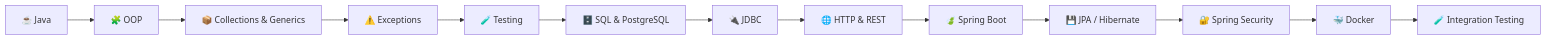
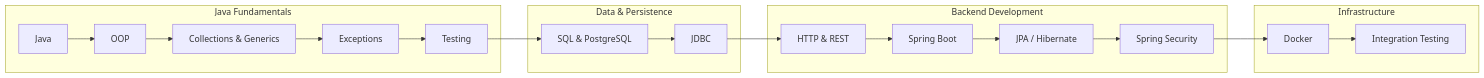
The diagram in README.md (davi-amaraldev/davi-amaraldev), drawn with Mermaid before and after one commit. The commit also changed other lines of this file, not shown here.

````diff
--- a/README.md
+++ b/README.md
@@ -68,15 +70,27 @@
 ```mermaid
 flowchart LR
-    A["☕ Java"] --> B["🧩 OOP"]
-    B --> C["📦 Collections & Generics"]
-    C --> D["⚠️ Exceptions"]
-    D --> E["🧪 Testing"]
-    E --> F["🗄️ SQL & PostgreSQL"]
-    F --> G["🔌 JDBC"]
-    G --> H["🌐 HTTP & REST"]
-    H --> I["🍃 Spring Boot"]
-    I --> J["💾 JPA / Hibernate"]
-    J --> K["🔐 Spring Security"]
-    K --> L["🐳 Docker"]
-    L --> M["🧪 Integration Testing"]
+    subgraph Fundamentals["Java Fundamentals"]
+        A["Java"] --> B["OOP"]
+        B --> C["Collections & Generics"]
+        C --> D["Exceptions"]
+        D --> E["Testing"]
+    end
+
+    subgraph Data["Data & Persistence"]
+        F["SQL & PostgreSQL"] --> G["JDBC"]
+    end
+
+    subgraph Web["Backend Development"]
+        H["HTTP & REST"] --> I["Spring Boot"]
+        I --> J["JPA / Hibernate"]
+        J --> K["Spring Security"]
+    end
+
+    subgraph Infrastructure["Infrastructure"]
+        L["Docker"] --> M["Integration Testing"]
+    end
+
+    E --> F
+    G --> H
+    K --> L
 ```
````
